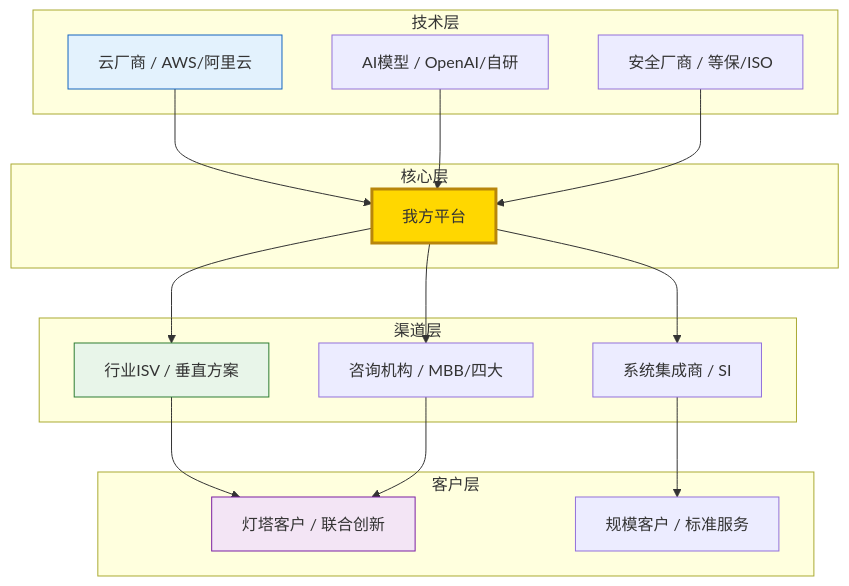
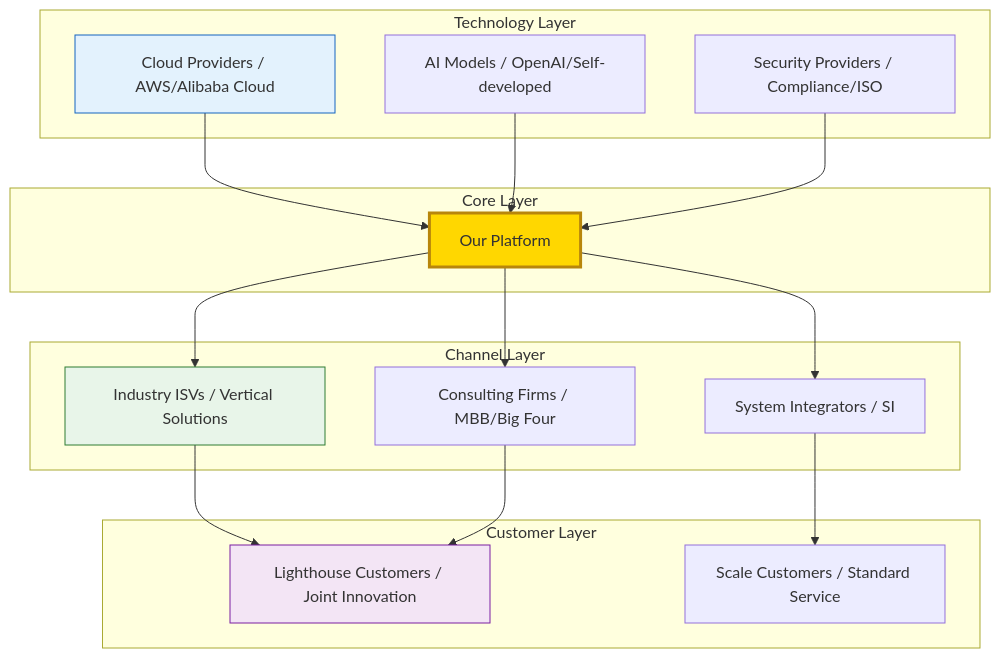
One commit to Kirky-X/cangjie changed diagram 11 of 15 in templates/【模板】商业模式文档.md. Above: the diagram before and after it, drawn with Mermaid. The commit also changed other lines of this file and 12 other files, not shown here.

````diff
--- a/templates/【模板】商业模式文档.md
+++ b/templates/【模板】商业模式文档.md
@@ -426,38 +426,38 @@
 ```mermaid
 graph TB
-    subgraph 核心层
-        US[我方平台]
+    subgraph Core Layer
+        US[Our Platform]
     end
 
-    subgraph 技术层
-        T1[云厂商 / AWS/阿里云]
-        T2[AI模型 / OpenAI/自研]
-        T3[安全厂商 / 等保/ISO]
+    subgraph Technology Layer
+        T1[Cloud Providers / AWS/Alibaba Cloud]
+        T2[AI Models / OpenAI/Self-developed]
+        T3[Security Providers / Compliance/ISO]
     end
 
-    subgraph 渠道层
-        D1[行业ISV / 垂直方案]
-        D2[系统集成商 / SI]
-        D3[咨询机构 / MBB/四大]
+    subgraph Channel Layer
+        D1[Industry ISVs / Vertical Solutions]
+        D2[System Integrators / SI]
+        D3[Consulting Firms / MBB/Big Four]
     end
 
-    subgraph 客户层
-        C1[灯塔客户 / 联合创新]
-        C2[规模客户 / 标准服务]
+    subgraph Customer Layer
+        C1[Lighthouse Customers / Joint Innovation]
+        C2[Scale Customers / Standard Service]
     end
 
     T1 --> US
     T2 --> US
     T3 --> US
     US --> D1
     US --> D2
     US --> D3
     D1 --> C1
     D2 --> C2
     D3 --> C1
 
     style US fill:#ffd700,stroke:#b8860b,stroke-width:3px
     style T1 fill:#e3f2fd,stroke:#1565c0
     style D1 fill:#e8f5e9,stroke:#2e7d32
     style C1 fill:#f3e5f5,stroke:#7b1fa2
 ```
````
